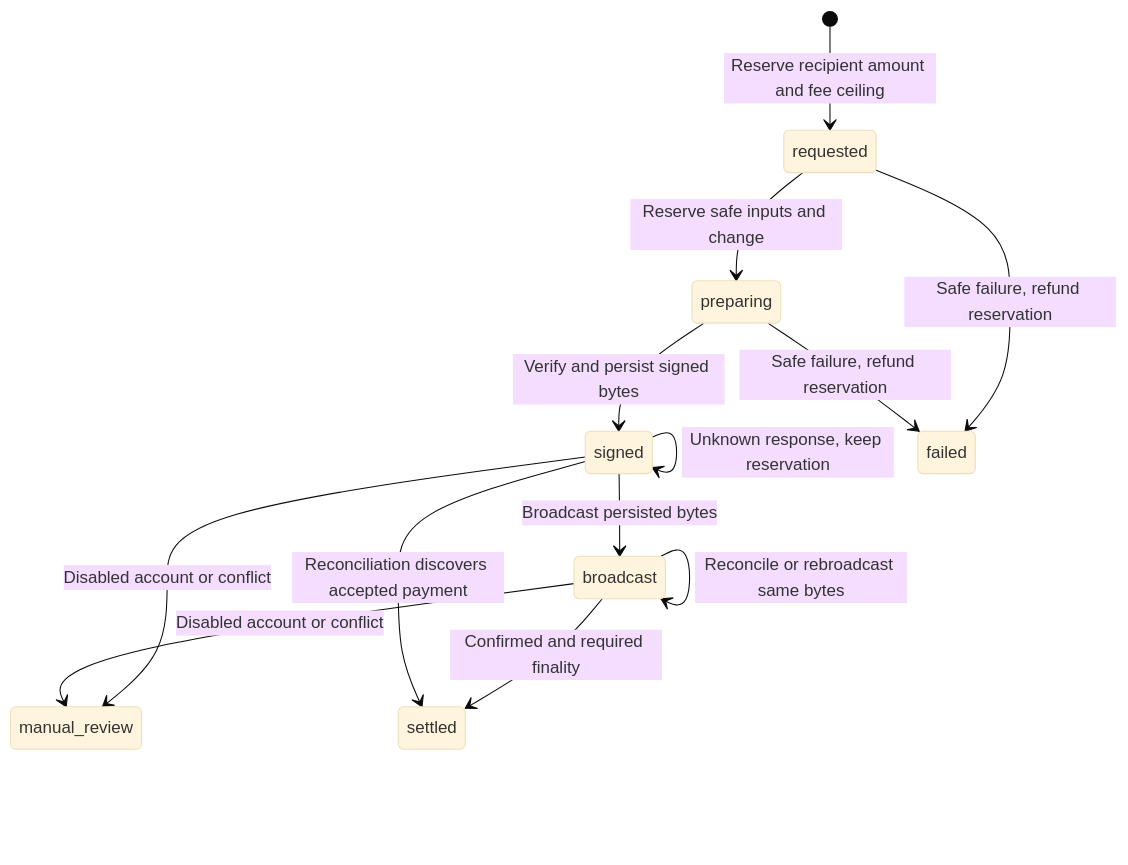
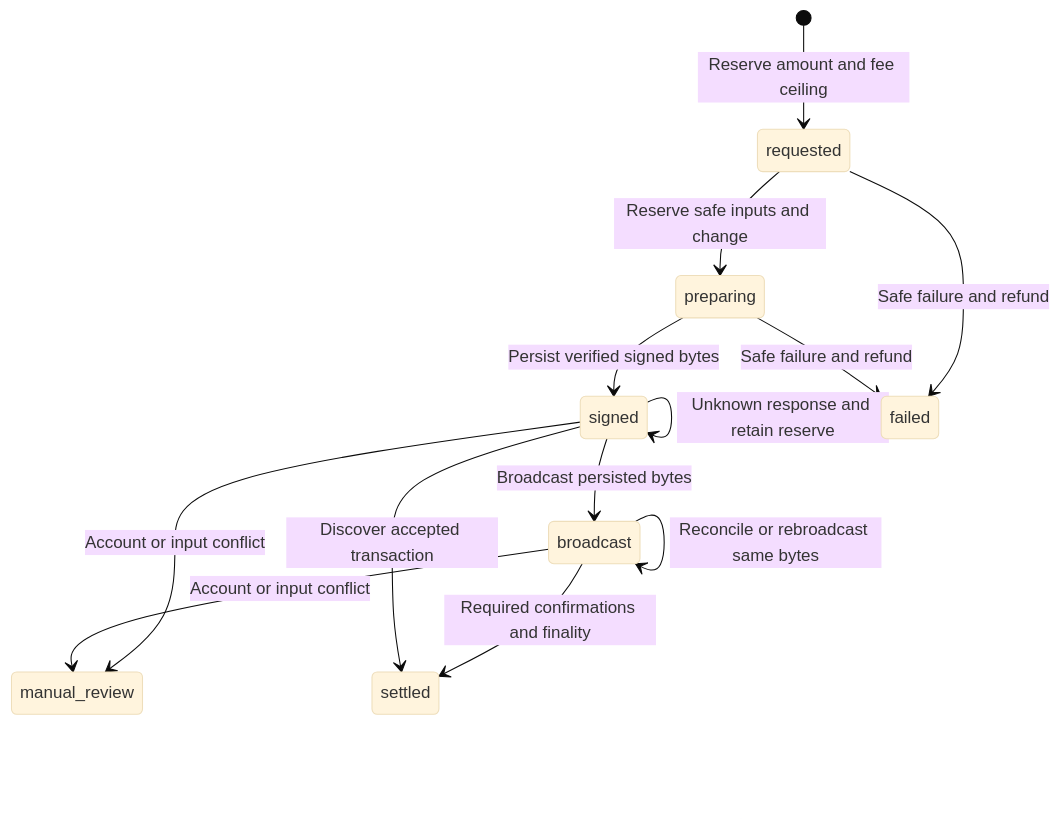
One commit to QuantumStonks/ZoKo changed the diagram in docs/ecash.md. Above: the diagram before and after it, drawn with Mermaid (base theme). The commit also changed other lines of this file and 40 other files, not shown here.

````diff
--- a/docs/ecash.md
+++ b/docs/ecash.md
@@ -117,15 +111,15 @@
 ```mermaid
 stateDiagram-v2
-  [*] --> requested: Reserve recipient amount and fee ceiling
+  [*] --> requested: Reserve amount and fee ceiling
   requested --> preparing: Reserve safe inputs and change
-  preparing --> signed: Verify and persist signed bytes
-  requested --> failed: Safe failure, refund reservation
-  preparing --> failed: Safe failure, refund reservation
+  preparing --> signed: Persist verified signed bytes
+  requested --> failed: Safe failure and refund
+  preparing --> failed: Safe failure and refund
   signed --> broadcast: Broadcast persisted bytes
   broadcast --> broadcast: Reconcile or rebroadcast same bytes
-  signed --> signed: Unknown response, keep reservation
-  signed --> manual_review: Disabled account or conflict
-  broadcast --> manual_review: Disabled account or conflict
-  broadcast --> settled: Confirmed and required finality
-  signed --> settled: Reconciliation discovers accepted payment
+  signed --> signed: Unknown response and retain reserve
+  signed --> manual_review: Account or input conflict
+  broadcast --> manual_review: Account or input conflict
+  broadcast --> settled: Required confirmations and finality
+  signed --> settled: Discover accepted transaction
 ```
````
